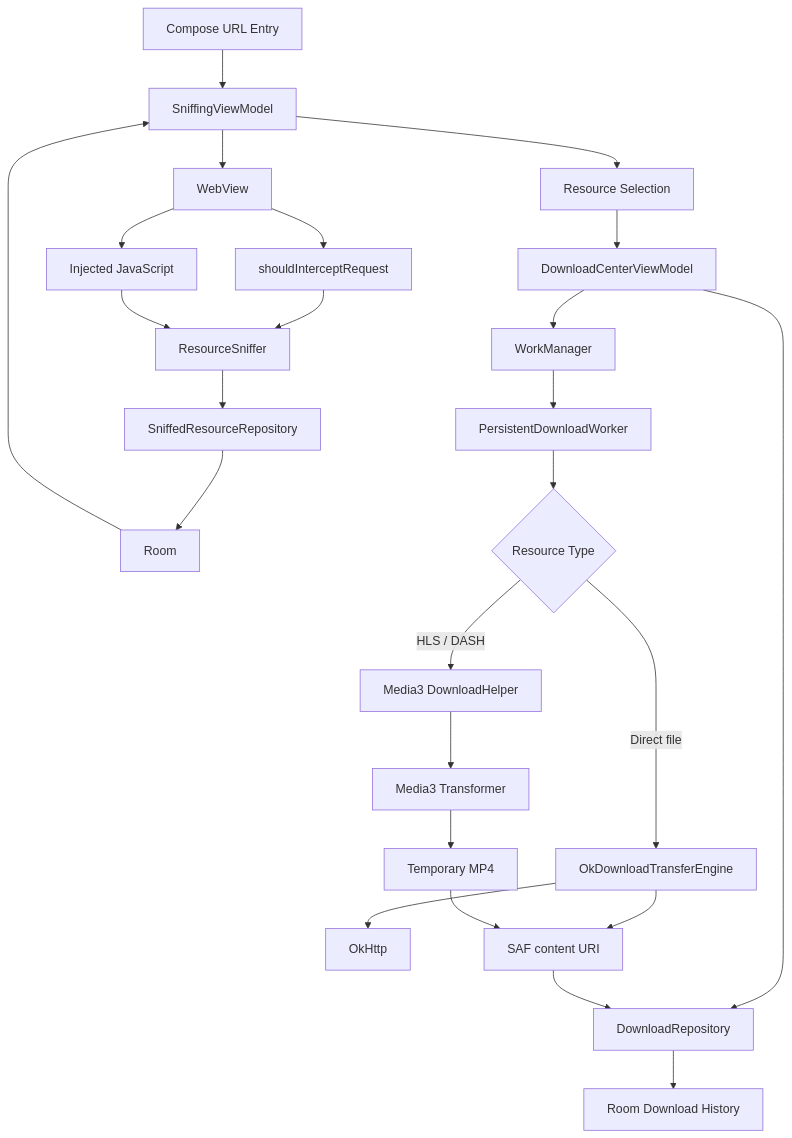
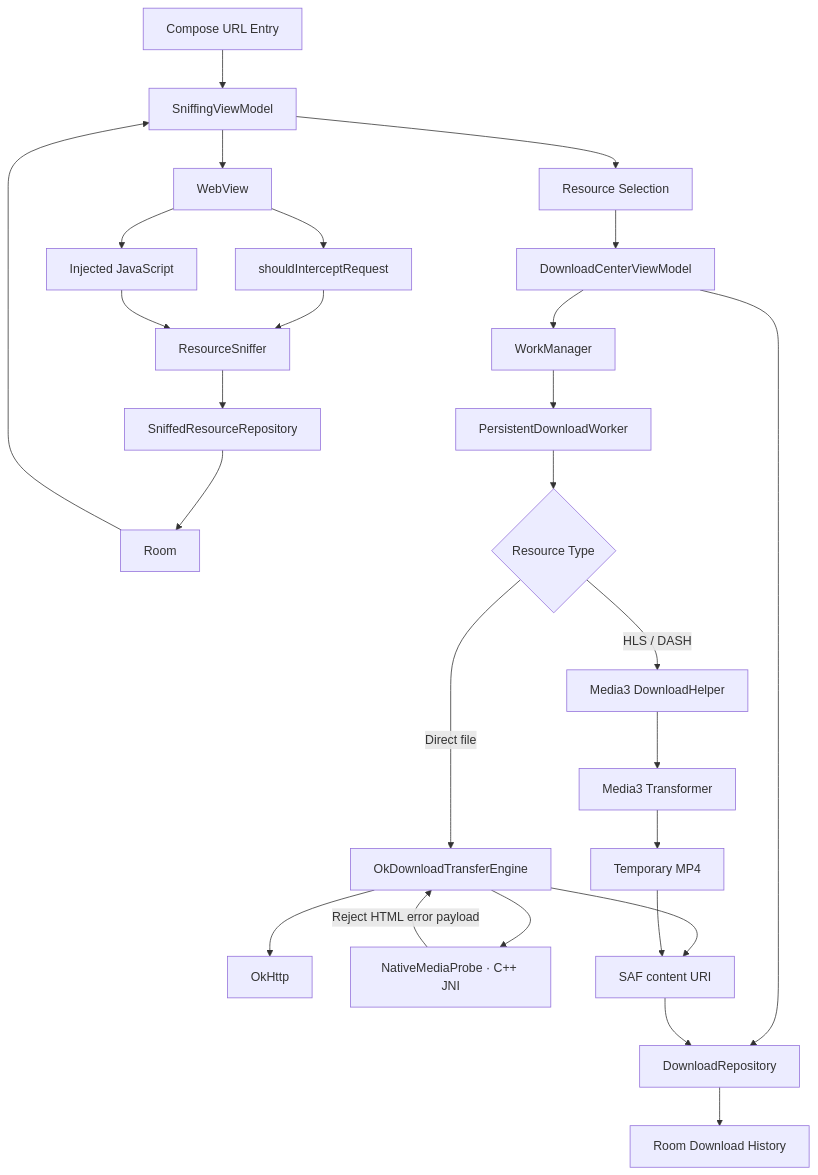
One commit to sxsbsxs/file-sniffing changed the diagram in ARCHITECTURE.md. Above: the diagram before and after it, drawn with Mermaid. The commit also changed other lines of this file, not shown here.

````diff
--- a/ARCHITECTURE.md
+++ b/ARCHITECTURE.md
@@ -5,29 +5,31 @@
 ```mermaid
 flowchart TD
     A[Compose URL Entry] --> B[SniffingViewModel]
     B --> C[WebView]
     C --> D[shouldInterceptRequest]
     C --> E[Injected JavaScript]
     D --> F[ResourceSniffer]
     E --> F
     F --> G[SniffedResourceRepository]
     G --> H[Room]
     H --> B
 
     B --> I[Resource Selection]
     I --> J[DownloadCenterViewModel]
     J --> K[DownloadRepository]
     K --> L[Room Download History]
     J --> M[WorkManager]
 
     M --> N[PersistentDownloadWorker]
     N --> O{Resource Type}
     O -->|Direct file| P[OkDownloadTransferEngine]
     P --> Q[OkHttp]
+    P --> V[NativeMediaProbe · C++ JNI]
+    V -->|Reject HTML error payload| P
     O -->|HLS / DASH| R[Media3 DownloadHelper]
     R --> S[Media3 Transformer]
     S --> T[Temporary MP4]
     P --> U[SAF content URI]
     T --> U
     U --> K
 ```
````
